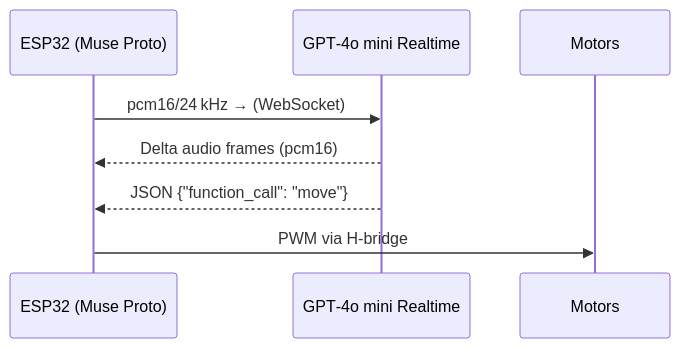
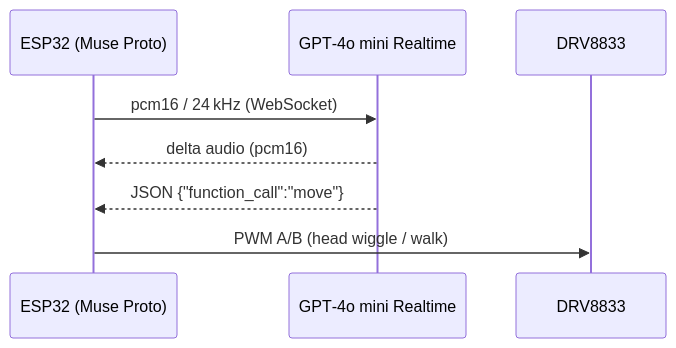
Before and after one commit to openai/openai-cookbook: the diagram in examples/voice_solutions/opendino_realtime_ai_toy_on_esp32.md, drawn with Mermaid. The commit also changed other lines of this file, not shown here.

````diff
--- a/examples/voice_solutions/opendino_realtime_ai_toy_on_esp32.md
+++ b/examples/voice_solutions/opendino_realtime_ai_toy_on_esp32.md
@@ -30,9 +40,9 @@
 ```mermaid
 sequenceDiagram
-    participant Mic/Speaker as ESP32 (Muse Proto)
+    participant Board as ESP32 (Muse Proto)
     participant LLM as GPT‑4o mini Realtime
-    Mic/Speaker->>LLM: pcm16/24 kHz → (WebSocket)
-    LLM-->>Mic/Speaker: Delta audio frames (pcm16)
-    LLM-->>Mic/Speaker: JSON {"function_call": "move"}
-    Mic/Speaker->>Motors: PWM via H‑bridge
+    Board->>LLM: pcm16 / 24 kHz (WebSocket)
+    LLM-->>Board: delta audio (pcm16)
+    LLM-->>Board: JSON {"function_call":"move"}
+    Board->>DRV8833: PWM A/B (head wiggle / walk)
 ```
````
